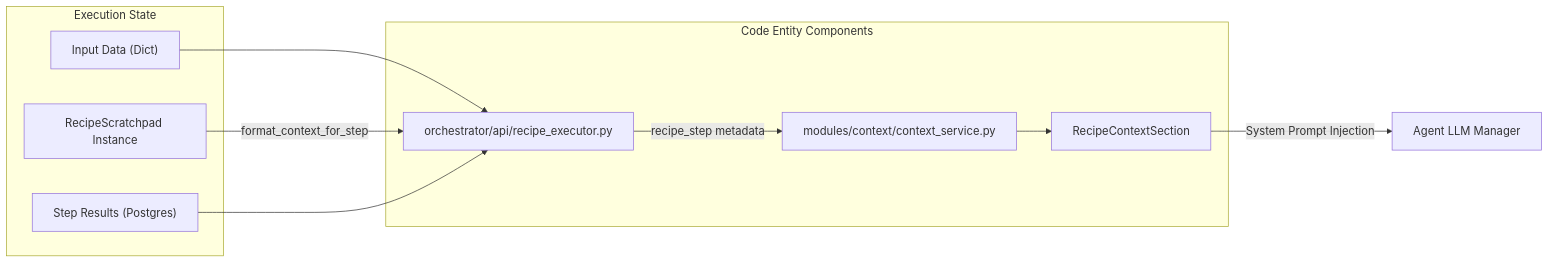
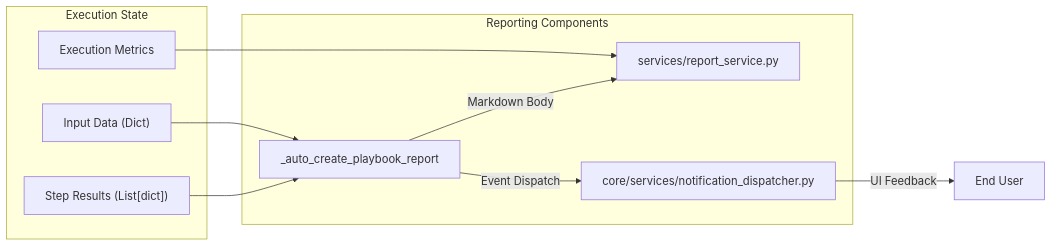
The second of 2 diagrams in docs/workflows-recipes/recipe-scratchpad.md (AutomatosAI/automatos-ai), drawn with Mermaid before and after one commit. The commit also changed other lines of this file and 153 other files, not shown here.

````diff
--- a/docs/workflows-recipes/recipe-scratchpad.md
+++ b/docs/workflows-recipes/recipe-scratchpad.md
@@ -87,21 +85,21 @@
 ```mermaid
 graph LR
     subgraph "Execution State"
-        StepResults["Step Results (Postgres)"]
+        StepResults["Step Results (List[dict])"]
         TriggerData["Input Data (Dict)"]
-        ScratchpadObj["RecipeScratchpad Instance"]
+        Metrics["Execution Metrics"]
     end
 
-    subgraph "Code Entity Components"
-        Executor["orchestrator/api/recipe_executor.py"]
-        ContextService["modules/context/context_service.py"]
-        RecipeSection["RecipeContextSection"]
+    subgraph "Reporting Components"
+        ReportSvc["services/report_service.py"]
+        AutoReport["_auto_create_playbook_report"]
+        NotificationSvc["core/services/notification_dispatcher.py"]
     end
 
-    TriggerData --> Executor
-    ScratchpadObj -->|"format_context_for_step"| Executor
-    StepResults --> Executor
-    Executor -->|"recipe_step metadata"| ContextService
-    ContextService --> RecipeSection
-    RecipeSection -->|"System Prompt Injection"| LLM["Agent LLM Manager"]
+    TriggerData --> AutoReport
+    StepResults --> AutoReport
+    Metrics --> ReportSvc
+    AutoReport -->|"Markdown Body"| ReportSvc
+    AutoReport -->|"Event Dispatch"| NotificationSvc
+    NotificationSvc -->|"UI Feedback"| User["End User"]
 ```
````
